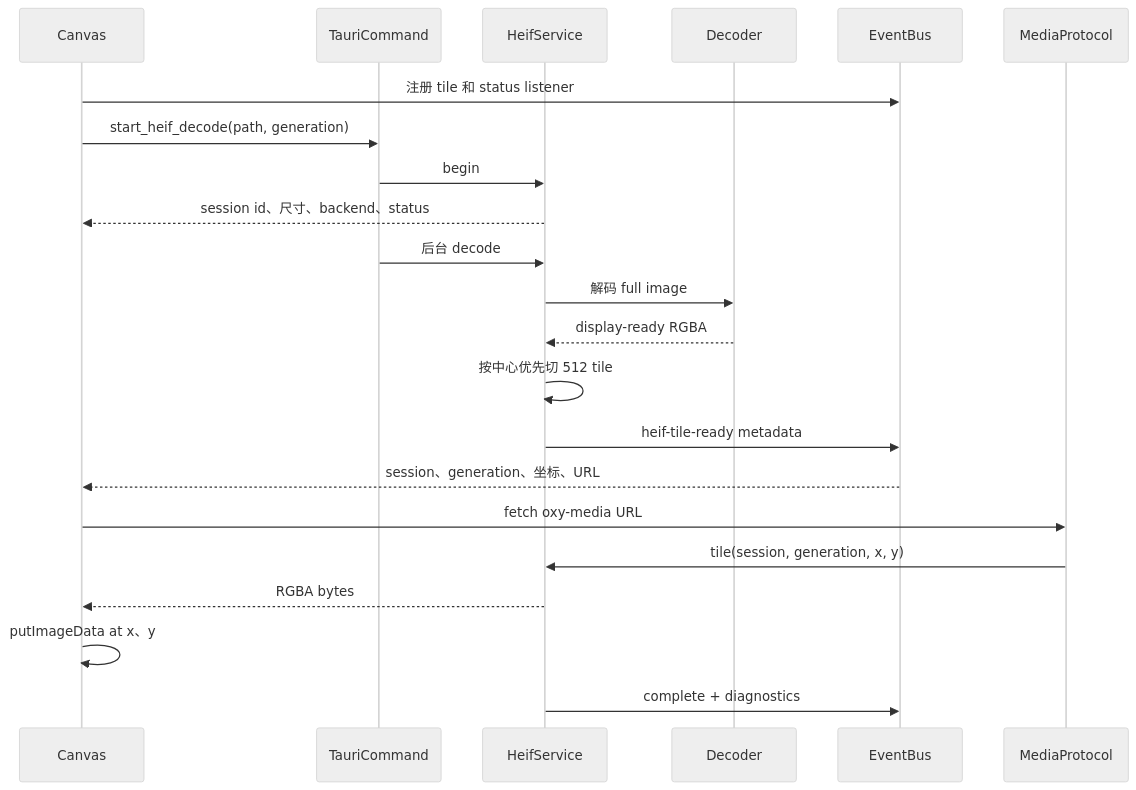
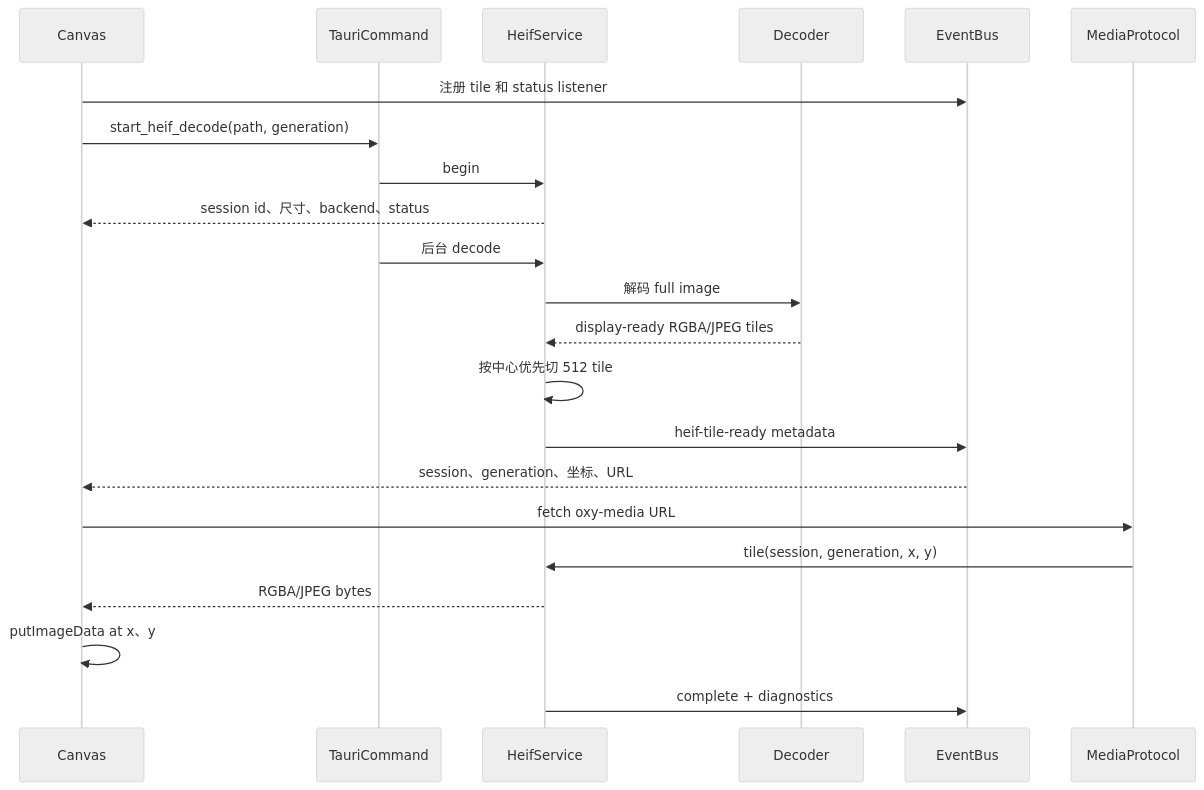
One commit to oxygenkun/oxyviewer changed the second of 4 diagrams in docs/architecture/04-heif-tile-session.md. Above: the diagram before and after it, drawn with Mermaid (neutral theme). The commit also changed other lines of this file and 14 other files, not shown here.

````diff
--- a/docs/architecture/04-heif-tile-session.md
+++ b/docs/architecture/04-heif-tile-session.md
@@ -77,25 +77,25 @@
 ```mermaid
 sequenceDiagram
     participant Canvas
     participant TauriCommand
     participant HeifService
     participant Decoder
     participant EventBus
     participant MediaProtocol
 
     Canvas->>EventBus: 注册 tile 和 status listener
     Canvas->>TauriCommand: start_heif_decode(path, generation)
     TauriCommand->>HeifService: begin
     HeifService-->>Canvas: session id、尺寸、backend、status
     TauriCommand->>HeifService: 后台 decode
     HeifService->>Decoder: 解码 full image
-    Decoder-->>HeifService: display-ready RGBA
+    Decoder-->>HeifService: display-ready RGBA/JPEG tiles
     HeifService->>HeifService: 按中心优先切 512 tile
     HeifService->>EventBus: heif-tile-ready metadata
     EventBus-->>Canvas: session、generation、坐标、URL
     Canvas->>MediaProtocol: fetch oxy-media URL
     MediaProtocol->>HeifService: tile(session, generation, x, y)
-    HeifService-->>Canvas: RGBA bytes
+    HeifService-->>Canvas: RGBA/JPEG bytes
     Canvas->>Canvas: putImageData at x、y
     HeifService->>EventBus: complete + diagnostics
 ```
````
